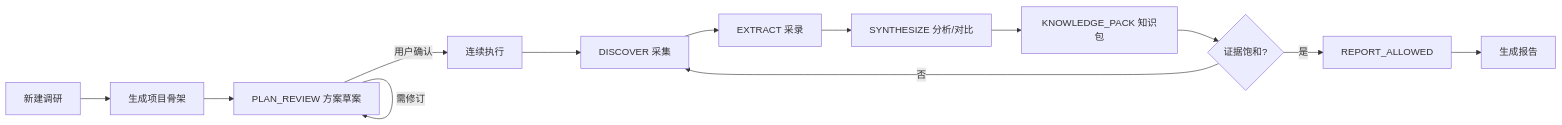
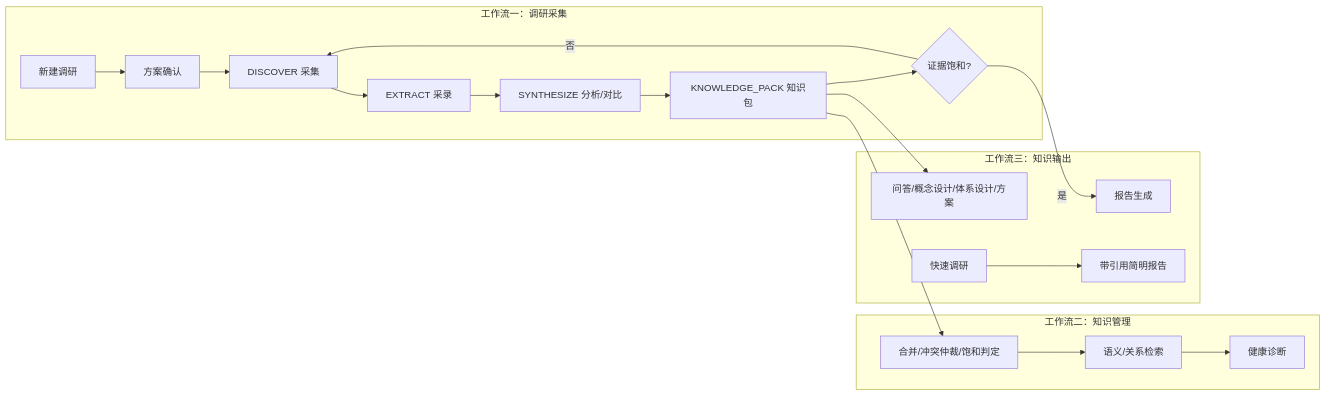
The diagram in README.md (nexx5/deep-research), drawn with Mermaid before and after one commit. The commit also changed other lines of this file, not shown here.

Commit message:
全面改写 README：体现三大工作流（调研/知识管理/知识输出）与平台能力

````diff
--- a/README.md
+++ b/README.md
@@ -30,15 +14,22 @@
 ```mermaid
 flowchart LR
-    A[新建调研] --> B[生成项目骨架]
-    B --> C[PLAN_REVIEW 方案草案]
-    C -->|用户确认| D[连续执行]
-    C -->|需修订| C
-    D --> E[DISCOVER 采集]
-    E --> F[EXTRACT 采录]
-    F --> G[SYNTHESIZE 分析/对比]
-    G --> H[KNOWLEDGE_PACK 知识包]
-    H --> I{证据饱和?}
-    I -->|否| E
-    I -->|是| J[REPORT_ALLOWED]
-    J --> K[生成报告]
+    subgraph W1[工作流一：调研采集]
+        A[新建调研] --> B[方案确认]
+        B --> C[DISCOVER 采集]
+        C --> D[EXTRACT 采录]
+        D --> E[SYNTHESIZE 分析/对比]
+        E --> F[KNOWLEDGE_PACK 知识包]
+        F --> G{证据饱和?}
+        G -->|否| C
+    end
+    subgraph W2[工作流二：知识管理]
+        F --> H[合并/冲突仲裁/饱和判定]
+        H --> I[语义/关系检索]
+        I --> J[健康诊断]
+    end
+    subgraph W3[工作流三：知识输出]
+        G -->|是| K[报告生成]
+        F --> L[问答/概念设计/体系设计/方案]
+        M[快速调研] --> N[带引用简明报告]
+    end
 ```
````
